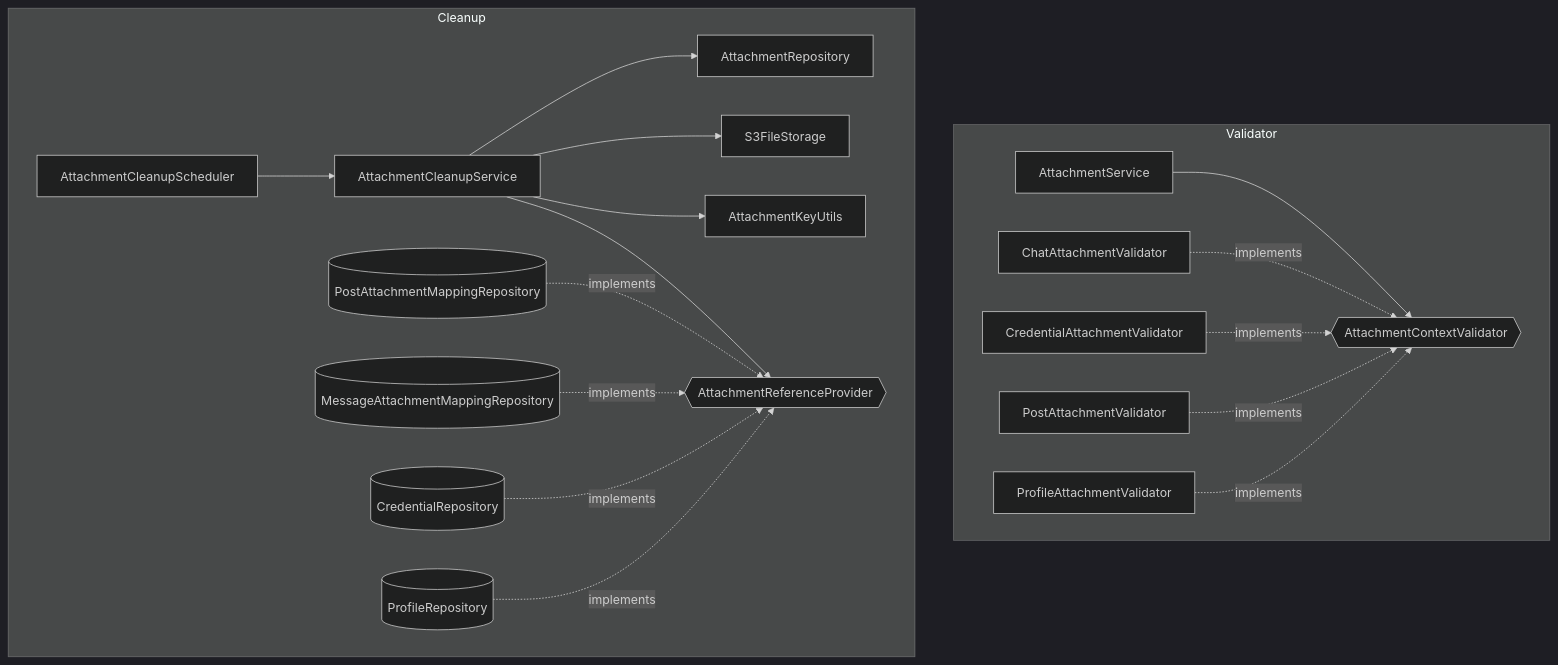
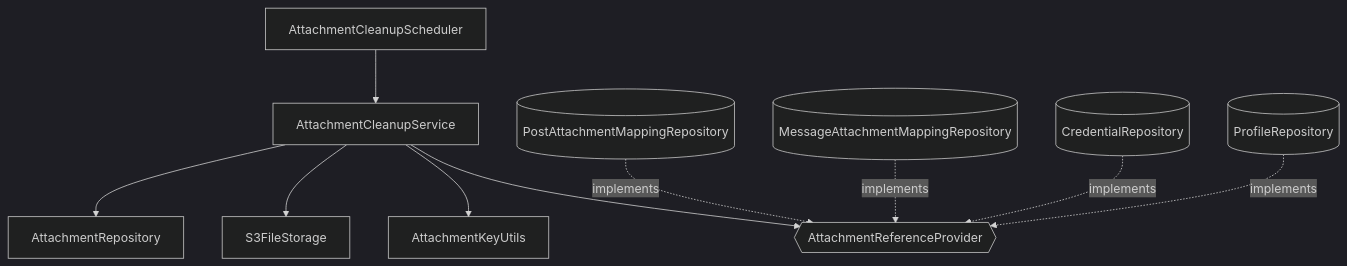
The second of 2 diagrams in apps/api/docs/attachment-architecture.md (mortonCareer/bconnect), drawn with Mermaid (dark theme) before and after one commit. The commit also changed other lines of this file and 6 other files, not shown here.

````diff
--- a/apps/api/docs/attachment-architecture.md
+++ b/apps/api/docs/attachment-architecture.md
@@ -38,21 +49,12 @@
 ```mermaid
 graph TD
-  subgraph Validator
-    Service[AttachmentService] --> V{{AttachmentContextValidator}}
-    ChatV[ChatAttachmentValidator] -.implements.-> V
-    CredV[CredentialAttachmentValidator] -.implements.-> V
-    PostV[PostAttachmentValidator] -.implements.-> V
-    ProfV[ProfileAttachmentValidator] -.implements.-> V
-  end
-  subgraph Cleanup
     Sched[AttachmentCleanupScheduler] --> Clean[AttachmentCleanupService]
     Clean --> Repo[AttachmentRepository]
     Clean --> S3[S3FileStorage]
     Clean --> KeyUtils[AttachmentKeyUtils]
     Clean --> P{{AttachmentReferenceProvider}}
     PostR[("PostAttachmentMappingRepository")] -.implements.-> P
     MsgR[("MessageAttachmentMappingRepository")] -.implements.-> P
     CredR[("CredentialRepository")] -.implements.-> P
     ProfR[("ProfileRepository")] -.implements.-> P
-  end
 ```
````
